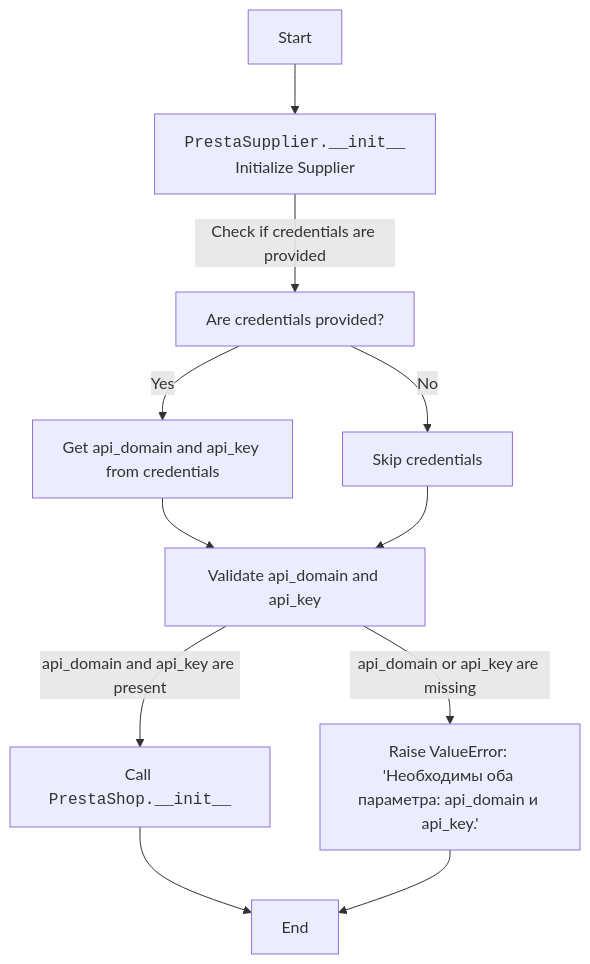
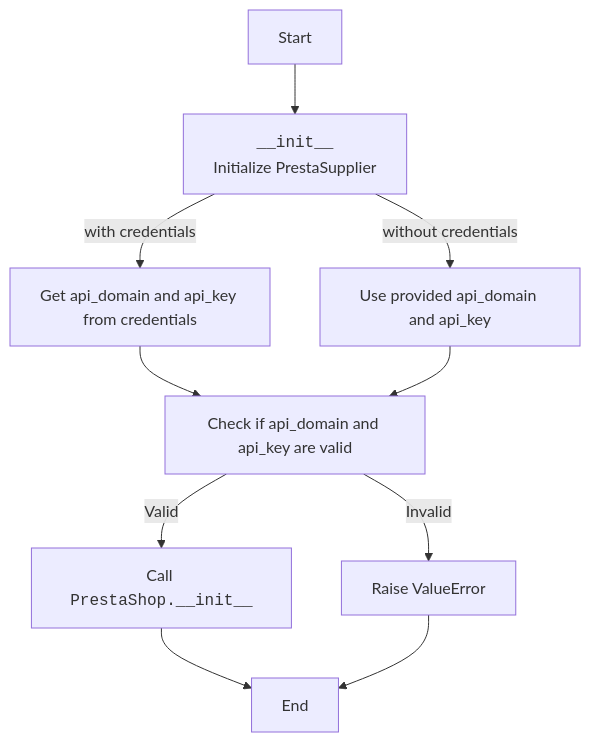
One commit to hypo69/hypo changed the first of 2 diagrams in docs/gemini/ru/explainer/src/endpoints/prestashop/supplier.py.md. Above: the diagram before and after it, drawn with Mermaid. The commit also changed other lines of this file and 1505 other files, not shown here.

````diff
--- a/docs/gemini/ru/explainer/src/endpoints/prestashop/supplier.py.md
+++ b/docs/gemini/ru/explainer/src/endpoints/prestashop/supplier.py.md
@@ -31,13 +42,13 @@
 ```mermaid
 flowchart TD
-    Start --> PrestaSupplierInit[<code>PrestaSupplier.__init__</code><br>Initialize Supplier];
-    PrestaSupplierInit -- Check if credentials are provided --> CheckCredentials[Are credentials provided?];
-    CheckCredentials -- Yes --> GetCredentials[Get api_domain and api_key from credentials];
-    CheckCredentials -- No --> SkipCredentials[Skip credentials];
-    GetCredentials --> ValidateParams[Validate api_domain and api_key];
-    SkipCredentials --> ValidateParams;
-    ValidateParams -- api_domain and api_key are present --> CallPrestaShopInit[Call <code>PrestaShop.__init__</code>];
-    ValidateParams -- api_domain or api_key are missing --> RaiseError[Raise ValueError: 'Необходимы оба параметра: api_domain и api_key.'];
-    CallPrestaShopInit --> End[End];
+    Start[Start] --> Init[<code>__init__</code><br>Initialize PrestaSupplier];
+    Init -- with credentials --> GetCredentials[Get api_domain and api_key from credentials];
+    Init -- without credentials --> UseParams[Use provided api_domain and api_key];
+    GetCredentials --> CheckCredentials[Check if api_domain and api_key are valid];
+    UseParams --> CheckCredentials
+    CheckCredentials -- Invalid --> RaiseError[Raise ValueError];
+    CheckCredentials -- Valid --> ParentInit[Call <code>PrestaShop.__init__</code>];
+    ParentInit --> End[End];
     RaiseError --> End;
+
 ```
````
